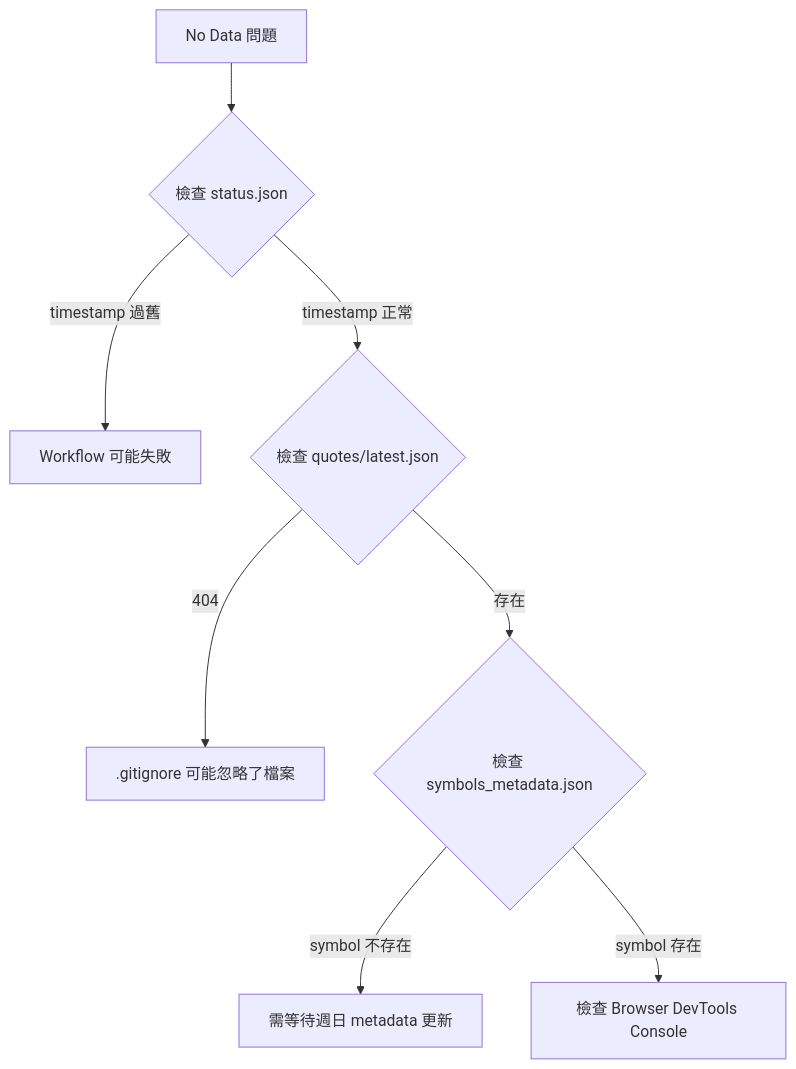
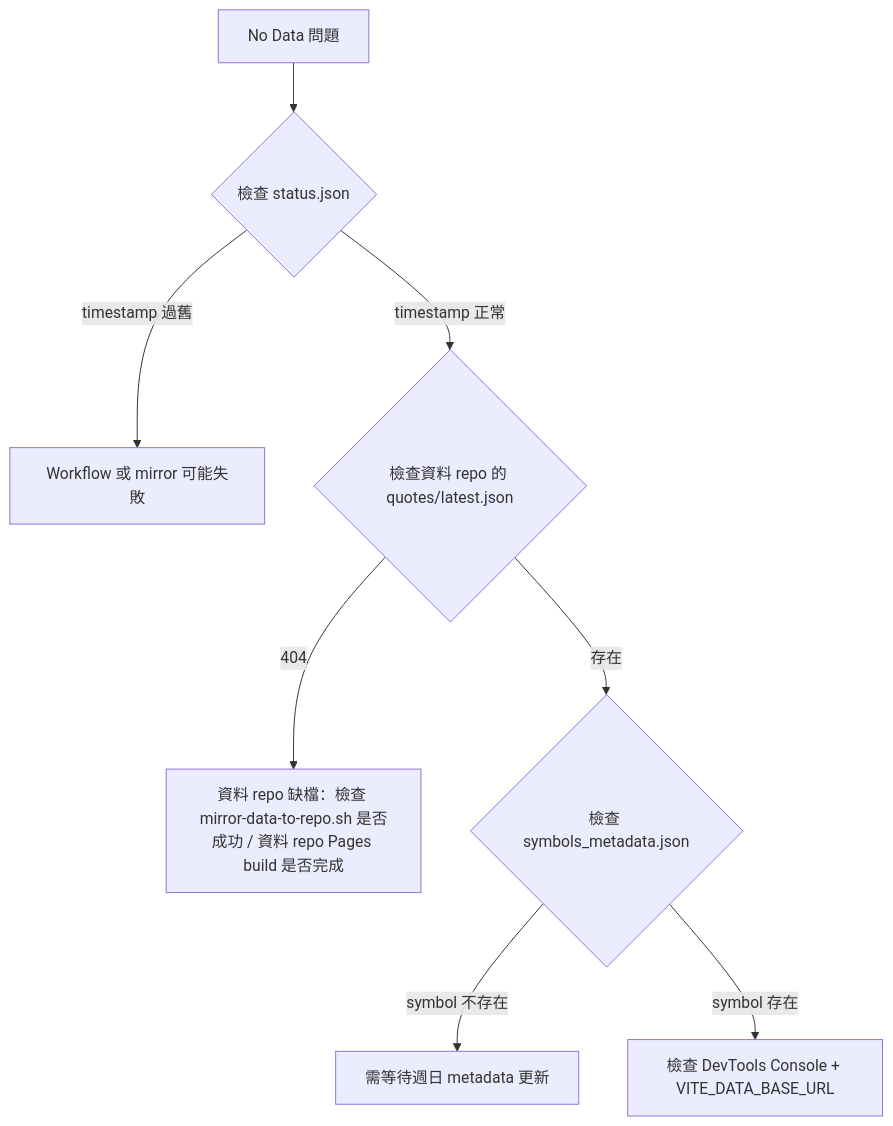
Before and after one commit to romarin-hsieh/investment-dashboard: the sixth of 7 diagrams in docs/operations/DATA_OPERATIONS.md, drawn with Mermaid. The commit also changed other lines of this file and 11 other files, not shown here.

````diff
--- a/docs/operations/DATA_OPERATIONS.md
+++ b/docs/operations/DATA_OPERATIONS.md
@@ -565,10 +599,10 @@
 ```mermaid
 flowchart TD
     A[No Data 問題] --> B{檢查 status.json}
-    B -->|timestamp 過舊| C[Workflow 可能失敗]
-    B -->|timestamp 正常| D{檢查 quotes/latest.json}
-    D -->|404| E[.gitignore 可能忽略了檔案]
+    B -->|timestamp 過舊| C[Workflow 或 mirror 可能失敗]
+    B -->|timestamp 正常| D{檢查資料 repo 的 quotes/latest.json}
+    D -->|404| E[資料 repo 缺檔：檢查 mirror-data-to-repo.sh 是否成功 / 資料 repo Pages build 是否完成]
     D -->|存在| F{檢查 symbols_metadata.json}
     F -->|symbol 不存在| G[需等待週日 metadata 更新]
-    F -->|symbol 存在| H[檢查 Browser DevTools Console]
+    F -->|symbol 存在| H[檢查 DevTools Console + VITE_DATA_BASE_URL]
 ```
````
